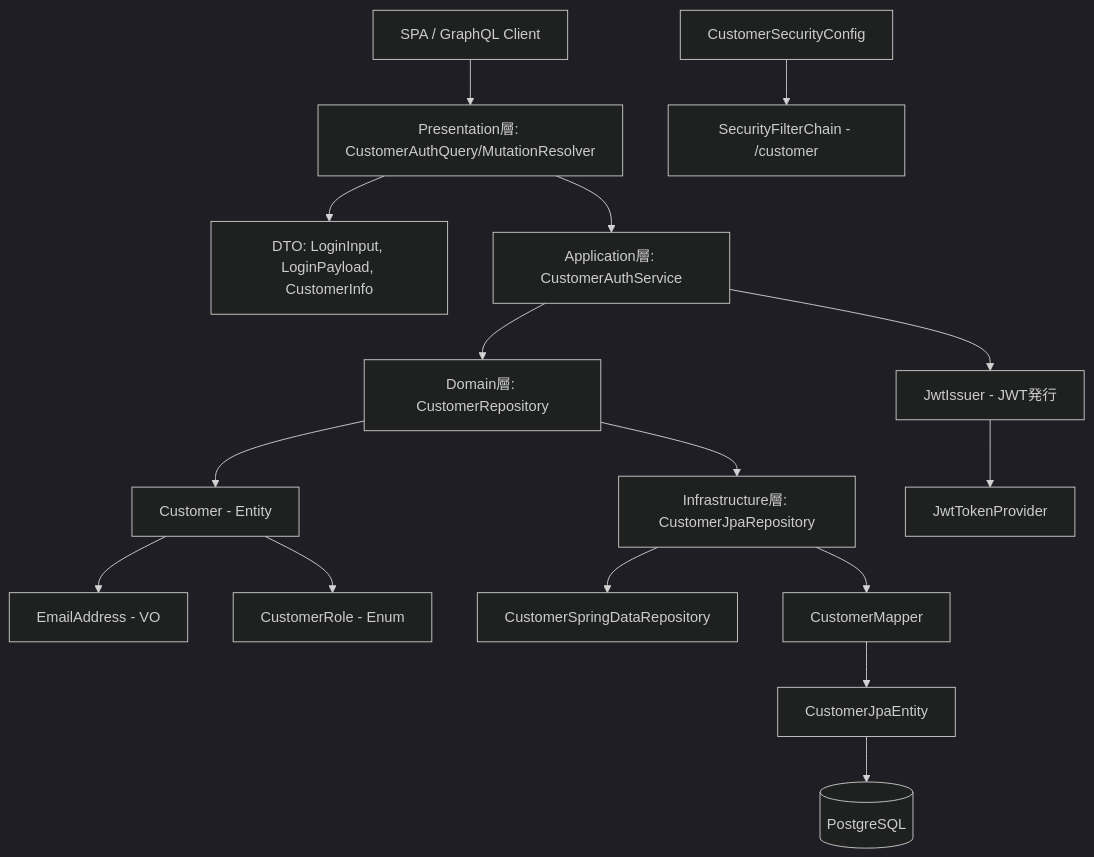
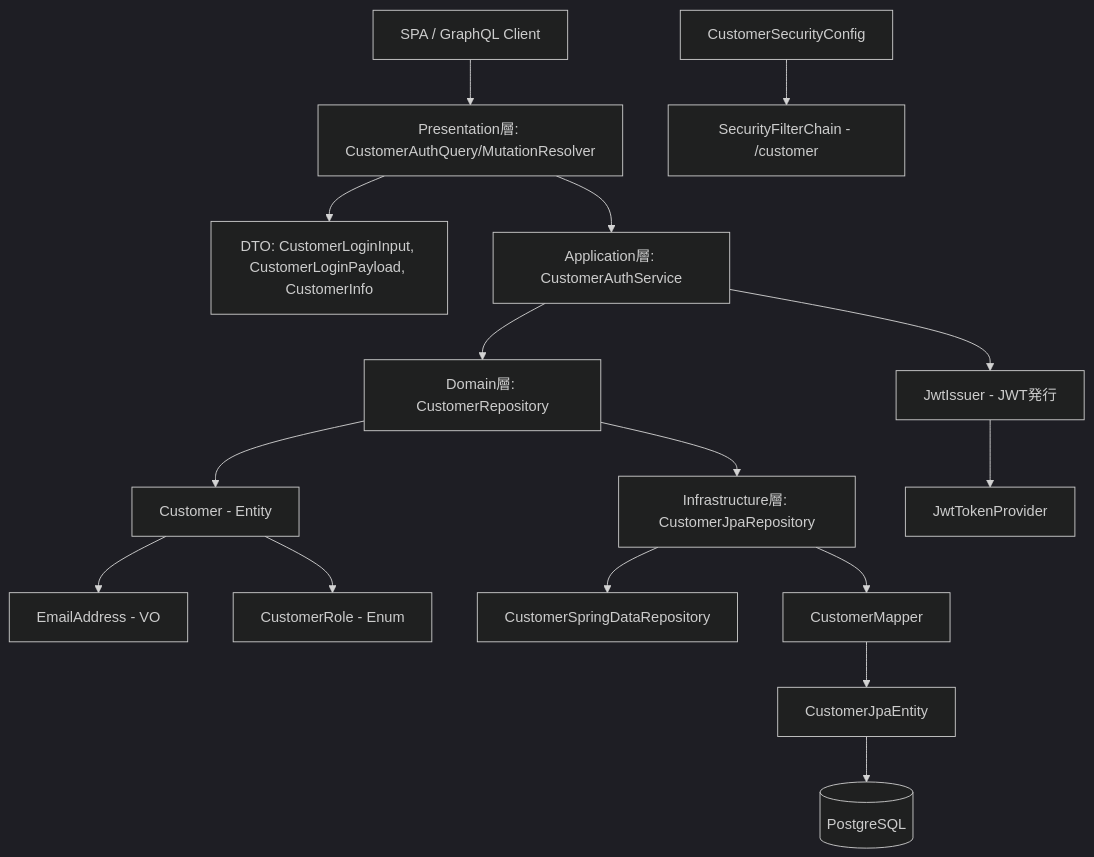
Before and after one commit to yuji91/kt-event-saas: the first of 2 diagrams in docs/04_customer/README.md, drawn with Mermaid (dark theme). The commit also changed other lines of this file and 6 other files, not shown here.

Commit message:
fix: 名前衝突しないよう OrganizerLoginInput, OrganizerLoginPayload とクラス名を変更した

````diff
--- a/docs/04_customer/README.md
+++ b/docs/04_customer/README.md
@@ -101,23 +101,23 @@
 ```mermaid
 graph TD
 
 UI[SPA / GraphQL Client] --> Resolver[Presentation層: CustomerAuthQuery/MutationResolver]
-Resolver --> DTO[DTO: LoginInput, LoginPayload, CustomerInfo]
+Resolver --> DTO[DTO: CustomerLoginInput, CustomerLoginPayload, CustomerInfo]
 
 Resolver --> AuthService[Application層: CustomerAuthService]
 AuthService --> JwtIssuer[JwtIssuer - JWT発行]
 
 AuthService --> RepositoryIF[Domain層: CustomerRepository]
 RepositoryIF --> DomainEntity[Customer - Entity]
 DomainEntity --> Email[EmailAddress - VO]
 DomainEntity --> Role[CustomerRole - Enum]
 
 RepositoryIF --> JpaRepository[Infrastructure層: CustomerJpaRepository]
 JpaRepository --> SpringDataRepo[CustomerSpringDataRepository]
 JpaRepository --> Mapper[CustomerMapper]
 Mapper --> JpaEntity[CustomerJpaEntity]
 JpaEntity --> DB[(PostgreSQL)]
 
 JwtIssuer --> JwtUtil[JwtTokenProvider]
 SecurityConfig[CustomerSecurityConfig] --> FilterChain[SecurityFilterChain - /customer]
 ```
````
